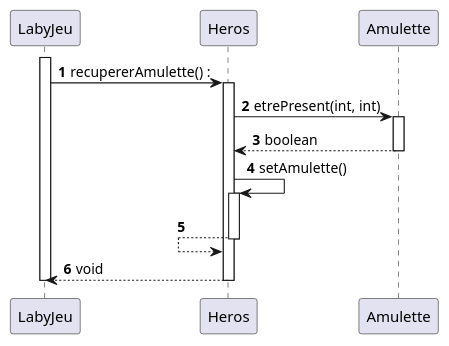
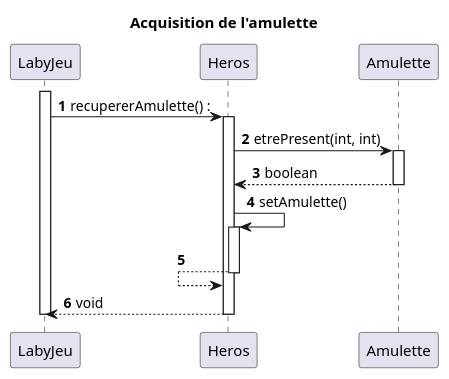
The diagram in documents/version_4/DS_AcquisitionAmulette.puml (crochetremi/2025_Zeldiablo2_e20157u_e82008u_e89209u_e26078u), drawn with PlantUML before and after one commit. The commit also changed 4 other files, not shown here.

Commit message:
ajout des titres dans les diagrammes

```diff
--- a/documents/version_4/DS_AcquisitionAmulette.puml
+++ b/documents/version_4/DS_AcquisitionAmulette.puml
@@ -1,30 +1,32 @@
 @startuml
 'https://plantuml.com/sequence-diagram
+
+title Acquisition de l'amulette
 
 autonumber
 
 Participant "LabyJeu" as labyjeu
 Participant "Heros" as heros
 Participant "Amulette" as amulette
 
 activate labyjeu
 labyjeu ->  heros : recupererAmulette() :
 
 activate heros
 heros -> amulette : etrePresent(int, int)
 
 activate amulette
 heros <-- amulette : boolean
 deactivate amulette
 heros -> heros : setAmulette()
 activate heros
 
 heros <-- heros
 deactivate heros
 
 labyjeu <-- heros : void
 
 deactivate heros
 deactivate labyjeu
 
 @enduml
```
